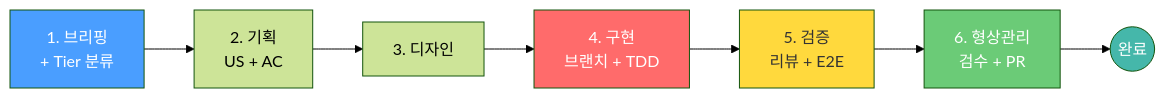
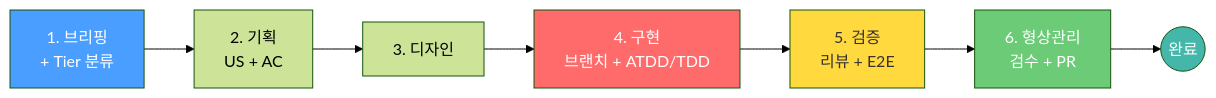
One commit to dakman-io/dakman-setup changed the diagram in docs/workflow.md. Above: the diagram before and after it, drawn with Mermaid (forest theme). The commit also changed other lines of this file, not shown here.

Commit message:
[rtong] docs: workflow 참고 문서 경로 정합화 및 ATDD 이중 루프 적용

````diff
--- a/docs/workflow.md
+++ b/docs/workflow.md
@@ -81,14 +81,14 @@
 ```mermaid
 flowchart LR
     S1[1. 브리핑<br/>+ Tier 분류] --> S2[2. 기획<br/>US + AC]
     S2 --> S3[3. 디자인]
-    S3 --> S4[4. 구현<br/>브랜치 + TDD]
+    S3 --> S4[4. 구현<br/>브랜치 + ATDD/TDD]
     S4 --> S5[5. 검증<br/>리뷰 + E2E]
     S5 --> S6[6. 형상관리<br/>검수 + PR]
     S6 --> DONE((완료))
     style S1 fill:#4a9eff,color:#fff
     style S4 fill:#ff6b6b,color:#fff
     style S5 fill:#ffd93d,color:#333
     style S6 fill:#6bcb77,color:#fff
     style DONE fill:#45b7aa,color:#fff
 ```
````
